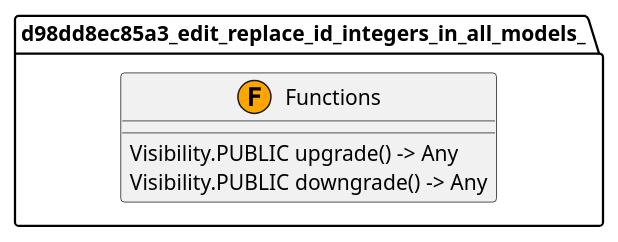
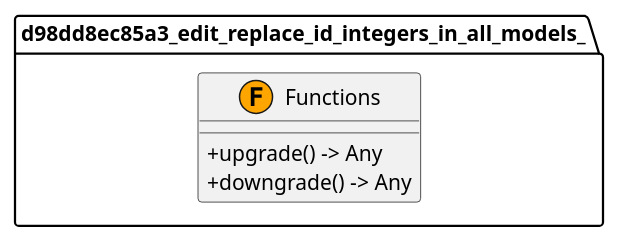
One commit to jswans33/my-full-stack-fastapi-template changed the diagram in docs/source/_generated_uml/d98dd8ec85a3_edit_replace_id_integers_in_all_models_.puml. Above: the diagram before and after it, drawn with PlantUML. The commit also changed 50 other files, not shown here.

Commit message:
Add configuration module for UML generator and update visibility in UML diagrams

```diff
--- a/docs/source/_generated_uml/d98dd8ec85a3_edit_replace_id_integers_in_all_models_.puml
+++ b/docs/source/_generated_uml/d98dd8ec85a3_edit_replace_id_integers_in_all_models_.puml
@@ -1,12 +1,12 @@
 @startuml
 skinparam classAttributeIconSize 0
 
 package "d98dd8ec85a3_edit_replace_id_integers_in_all_models_" {
   class Functions <<(F,orange)>> {
-    Visibility.PUBLIC upgrade() -> Any
-    Visibility.PUBLIC downgrade() -> Any
+    +upgrade() -> Any
+    +downgrade() -> Any
   }
 }
 
 ' Relationships
 @enduml
```
